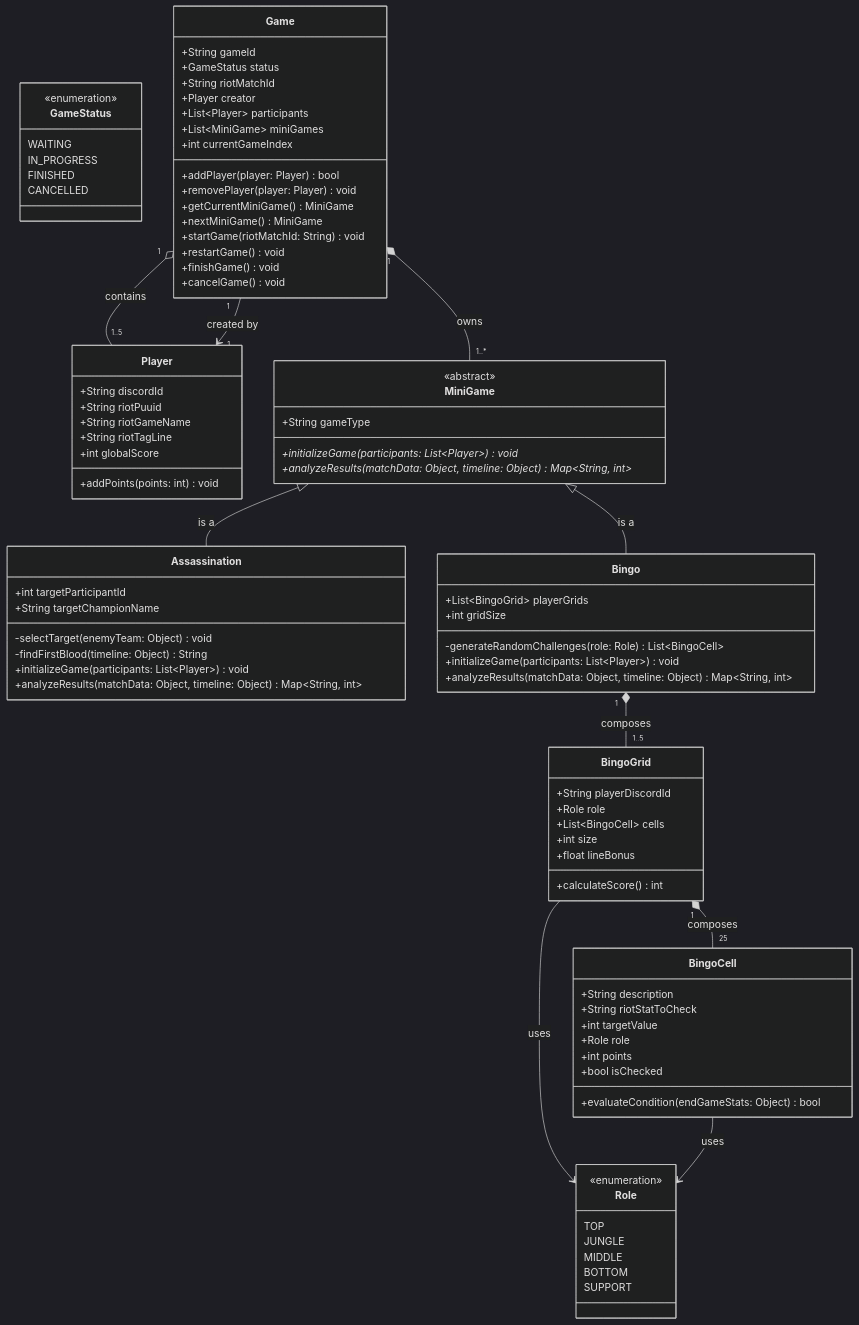
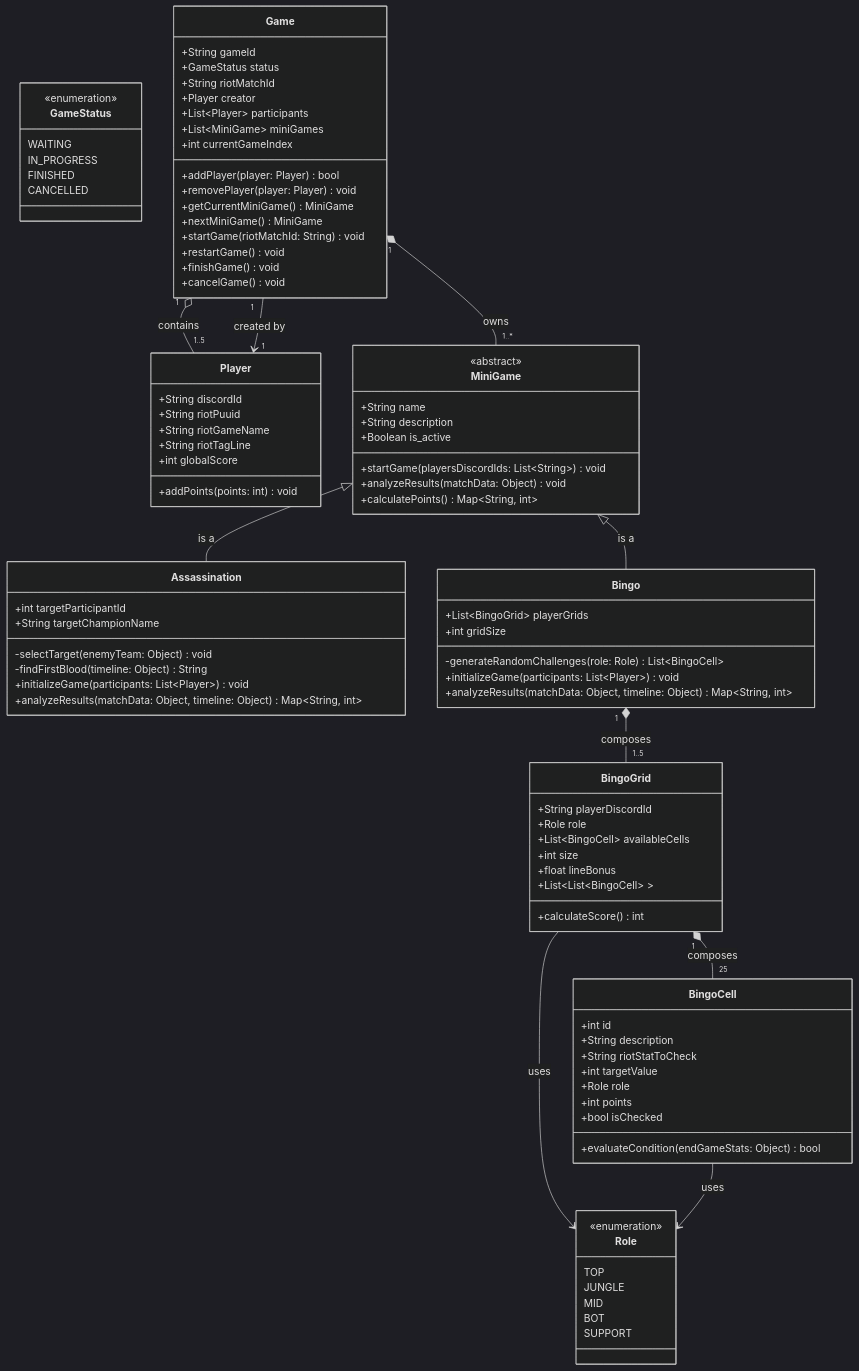
The diagram in Achitecture/UML.md (Jonas0o0/LolMiniGame), drawn with Mermaid (dark theme) before and after one commit.

Commit message:
refactor (uml) : fixing uml

```diff
--- a/Achitecture/UML.md
+++ b/Achitecture/UML.md
@@ -13,8 +13,8 @@
         <<enumeration>>
         TOP
         JUNGLE
-        MIDDLE
-        BOTTOM
+        MID
+        BOT
         SUPPORT
     }
 
@@ -47,9 +47,12 @@
 
     class MiniGame {
         <<abstract>>
-        +String gameType
-        +initializeGame(participants: List~Player~)* void
-        +analyzeResults(matchData: Object, timeline: Object)* Map~String, int~
+        +String name
+        +String description
+        +Boolean is_active
+        +startGame(playersDiscordIds: List~String~) void
+        +analyzeResults(matchData: Object) void
+        +calculatePoints() Map~String, int~ 
     }
 
     class Assassination {
@@ -72,13 +75,15 @@
     class BingoGrid {
         +String playerDiscordId
         +Role role
-        +List~BingoCell~ cells
+        +List~BingoCell~ availableCells
         +int size
         +float lineBonus
+        +List~List~BingoCell~ ~ 
         +calculateScore() int
     }
 
     class BingoCell {
+        +int id
         +String description
         +String riotStatToCheck
         +int targetValue
```
